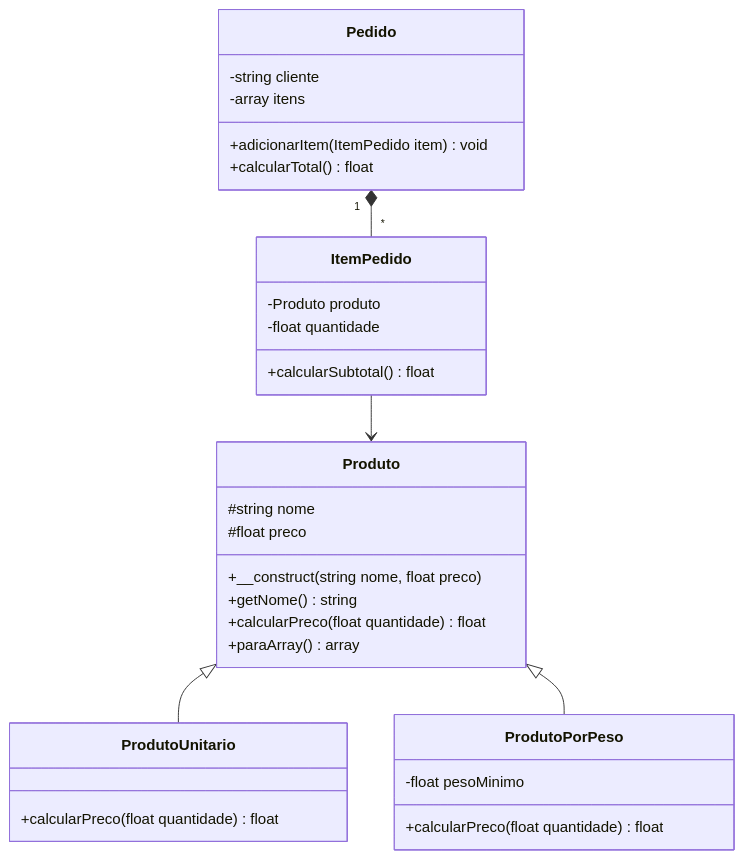
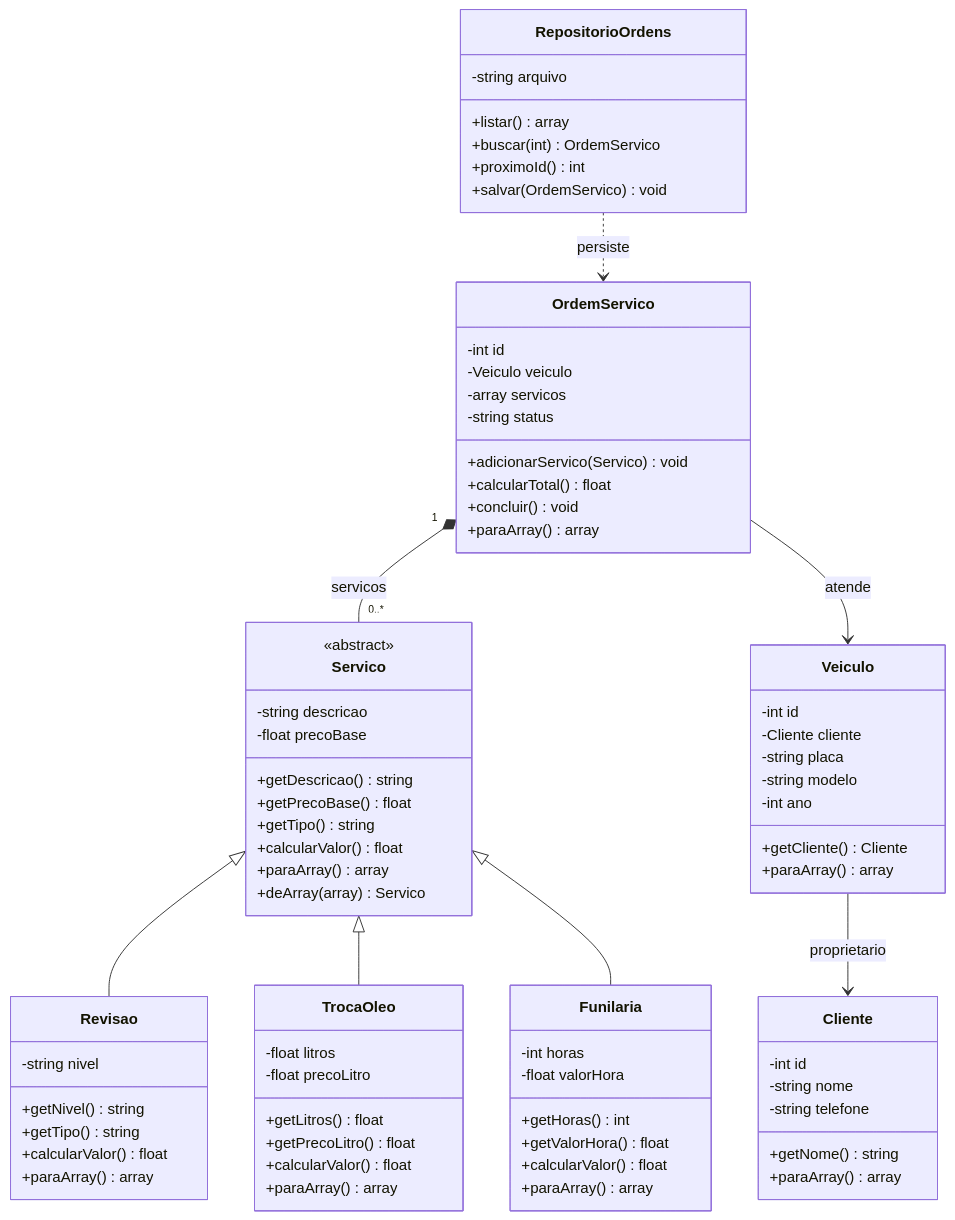
One commit to jlucastl/pweb1-trabalho-oo changed the diagram in docs/modelagem.md. Above: the diagram before and after it, drawn with Mermaid. The commit also changed other lines of this file, not shown here.

Commit message:
Modelagem do diagrama de classes adicionado

````diff
--- a/docs/modelagem.md
+++ b/docs/modelagem.md
@@ -8,34 +5,78 @@
 ```mermaid
 classDiagram
-    Produto <|-- ProdutoUnitario
-    Produto <|-- ProdutoPorPeso
-    Pedido "1" *-- "*" ItemPedido
-    ItemPedido --> Produto
-
-    class Produto {
-        #string nome
-        #float preco
-        +__construct(string nome, float preco)
-        +getNome() string
-        +calcularPreco(float quantidade) float
+    class Servico {
+        <<abstract>>
+        -string descricao
+        -float precoBase
+        +getDescricao() string
+        +getPrecoBase() float
+        +getTipo() string
+        +calcularValor() float
+        +paraArray() array
+        +deArray(array) Servico
+    }
+    class Revisao {
+        -string nivel
+        +getNivel() string
+        +getTipo() string
+        +calcularValor() float
         +paraArray() array
     }
-    class ProdutoUnitario {
-        +calcularPreco(float quantidade) float
+    class TrocaOleo {
+        -float litros
+        -float precoLitro
+        +getLitros() float
+        +getPrecoLitro() float
+        +calcularValor() float
+        +paraArray() array
     }
-    class ProdutoPorPeso {
-        -float pesoMinimo
-        +calcularPreco(float quantidade) float
+    class Funilaria {
+        -int horas
+        -float valorHora
+        +getHoras() int
+        +getValorHora() float
+        +calcularValor() float
+        +paraArray() array
     }
-    class ItemPedido {
-        -Produto produto
-        -float quantidade
-        +calcularSubtotal() float
+    class Cliente {
+        -int id
+        -string nome
+        -string telefone
+        +getNome() string
+        +paraArray() array
     }
-    class Pedido {
-        -string cliente
-        -array itens
-        +adicionarItem(ItemPedido item) void
+    class Veiculo {
+        -int id
+        -Cliente cliente
+        -string placa
+        -string modelo
+        -int ano
+        +getCliente() Cliente
+        +paraArray() array
+    }
+    class OrdemServico {
+        -int id
+        -Veiculo veiculo
+        -array servicos
+        -string status
+        +adicionarServico(Servico) void
         +calcularTotal() float
+        +concluir() void
+        +paraArray() array
     }
+    class RepositorioOrdens {
+        -string arquivo
+        +listar() array
+        +buscar(int) OrdemServico
+        +proximoId() int
+        +salvar(OrdemServico) void
+    }
+
+    Servico <|-- Revisao
+    Servico <|-- TrocaOleo
+    Servico <|-- Funilaria
+    OrdemServico "1" *-- "0..*" Servico : servicos
+    OrdemServico --> Veiculo : atende
+    Veiculo --> Cliente : proprietario
+    RepositorioOrdens ..> OrdemServico : persiste
 ```
````
